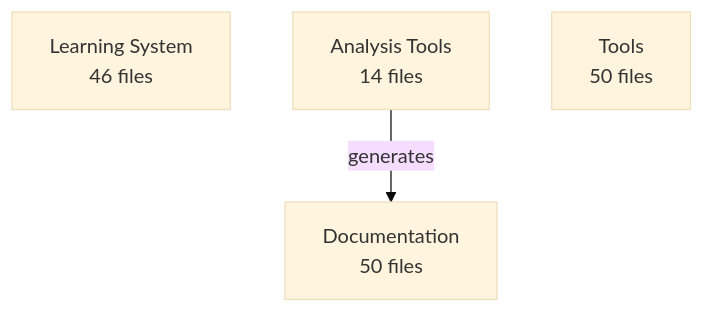
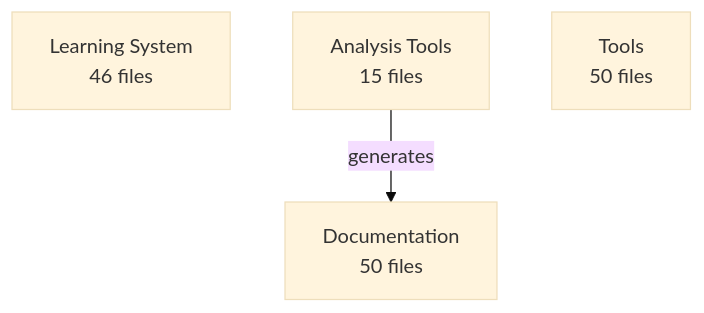
Before and after one commit to enufacas/Chained: the diagram in analysis/architecture/architecture.mmd, drawn with Mermaid (base theme). The commit also changed 6 other files, not shown here.

First line of the commit message:
🏗️ Update architecture evolution tracking

```diff
--- a/analysis/architecture/architecture.mmd
+++ b/analysis/architecture/architecture.mmd
@@ -1,6 +1,6 @@
 graph TD
     learning_system[Learning System<br/>46 files]
-    analysis_tools[Analysis Tools<br/>14 files]
+    analysis_tools[Analysis Tools<br/>15 files]
     documentation[Documentation<br/>50 files]
     tools[Tools<br/>50 files]
     analysis_tools -->|generates| documentation
```
